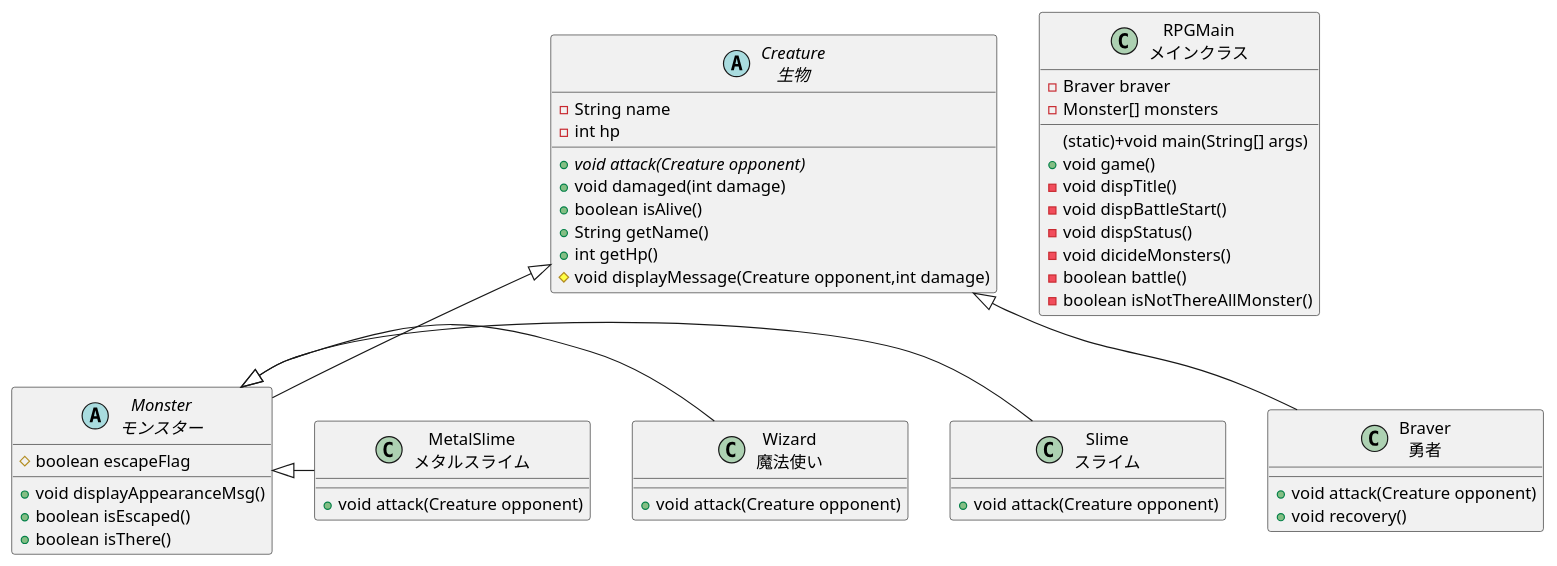
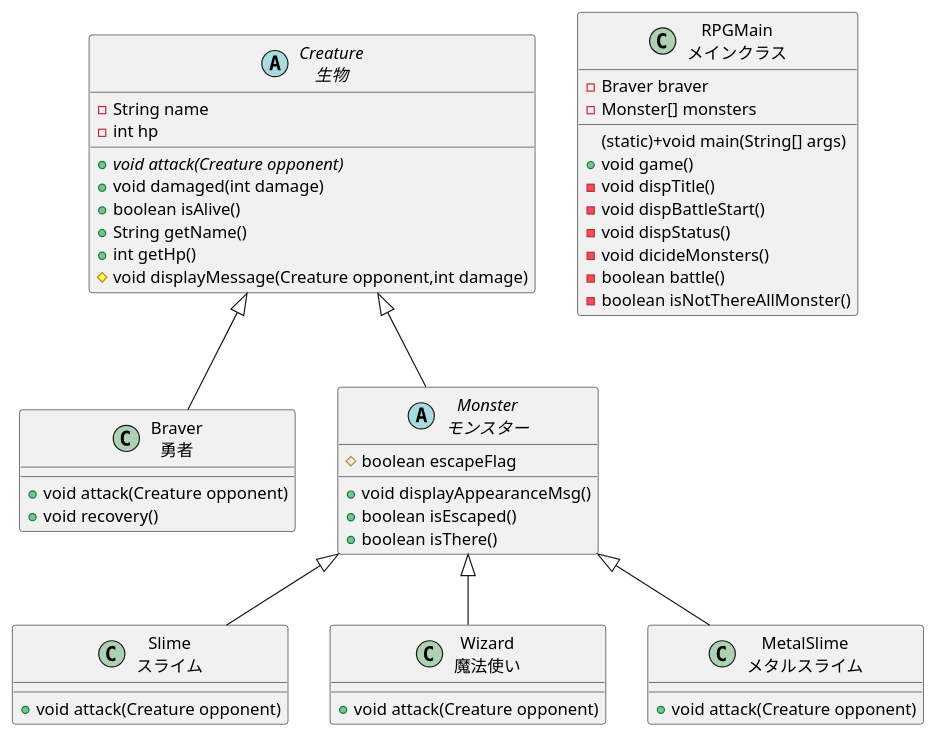
Before and after one commit to nishino-naoyuki/2021design: the diagram in classes.md, drawn with PlantUML.

````diff
--- a/classes.md
+++ b/classes.md
@@ -1,52 +1,52 @@
 ```UML
 @startuml
 abstract class "Creature\n生物" as creature{
   -String name
   -int hp
   {abstract} +void attack(Creature opponent)
   +void damaged(int damage)
   +boolean isAlive()
   +String getName()
   +int getHp()
   #void displayMessage(Creature opponent,int damage)
 }
 class "Braver\n勇者" as braver{
   +void attack(Creature opponent)
   +void recovery()
 }
 abstract class "Monster\nモンスター" as monster{
   #boolean escapeFlag
   +void displayAppearanceMsg()
   +boolean isEscaped()
   +boolean isThere()
 }
 class "Slime\nスライム" as slime{
   +void attack(Creature opponent)
 }
 class "Wizard\n魔法使い" as wizard{
   +void attack(Creature opponent)
 }
 class "MetalSlime\nメタルスライム" as metalSlime{
   +void attack(Creature opponent)
 }
 
 class "RPGMain\nメインクラス" as main{
   -Braver braver
   -Monster[] monsters
   (static)+void main(String[] args)
   +void game()
   -void dispTitle()
   -void dispBattleStart()
   -void dispStatus()
   -void dicideMonsters()
   -boolean battle()
   -boolean isNotThereAllMonster()
 }
 
 creature <|-- braver
 creature <|-- monster
-monster <|- slime
-monster <|- wizard
-monster <|- metalSlime
+monster <|-- slime
+monster <|-- wizard
+monster <|-- metalSlime
 @enduml
 ```
````
